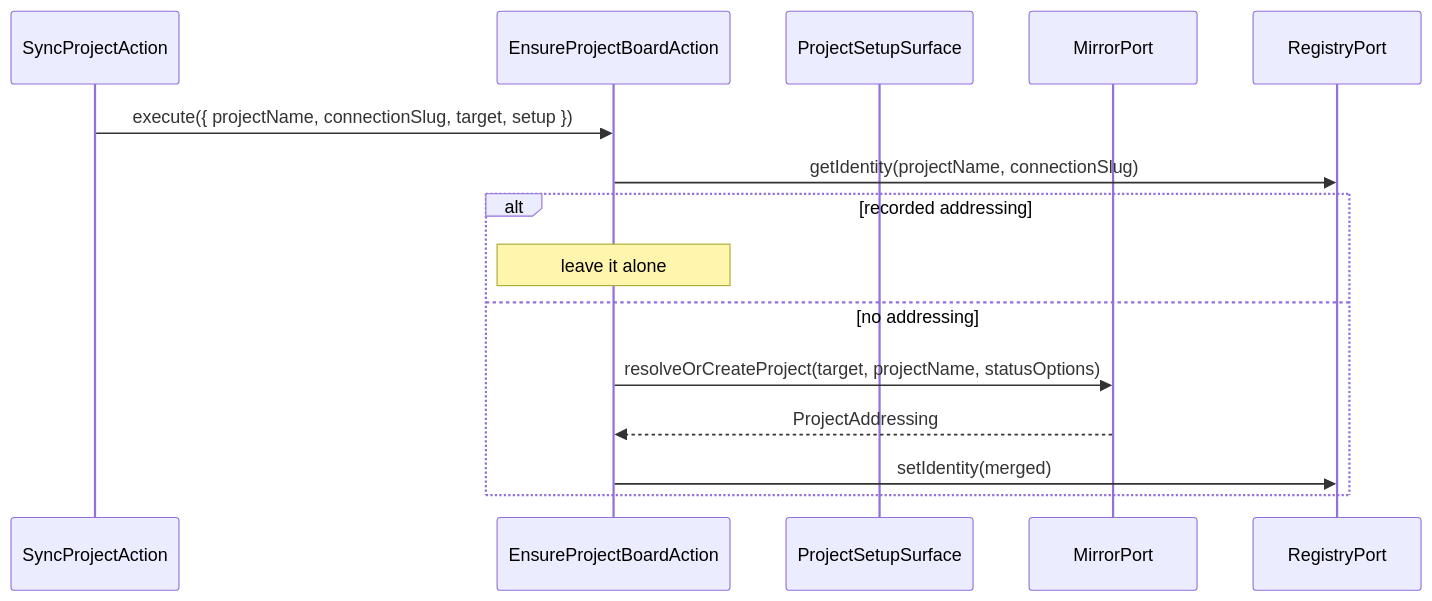
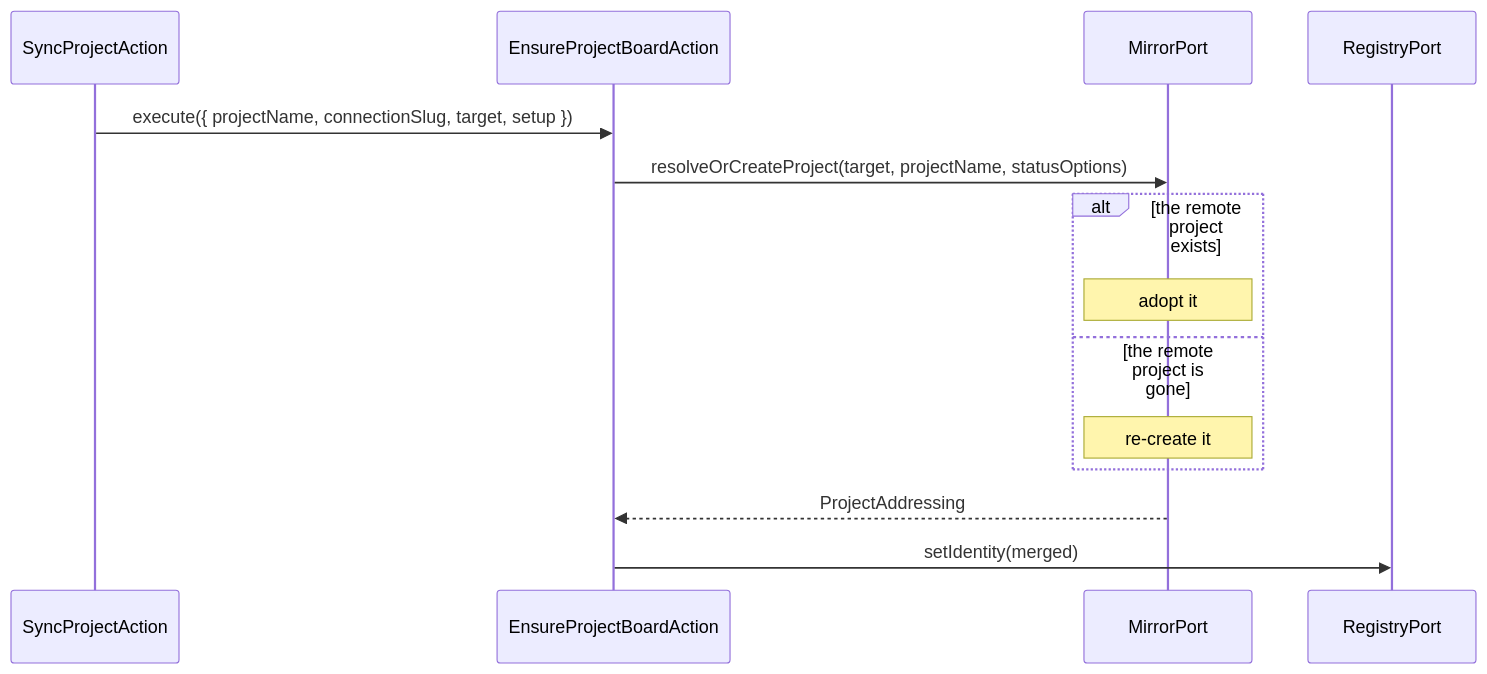
The seventh of 16 diagrams in docs/developer-manual.md (99linesofcode/obsidian-project-management), drawn with Mermaid before and after one commit. The commit also changed other lines of this file and 14 other files, not shown here.

First line of the commit message:
fix(origination): an empty target resolves by name; a gone remote is re-created

````diff
--- a/docs/developer-manual.md
+++ b/docs/developer-manual.md
@@ -405,18 +408,17 @@
 ```mermaid
 sequenceDiagram
   participant SP as SyncProjectAction
   participant Ens as EnsureProjectBoardAction
-  participant Setup as ProjectSetupSurface
   participant R as MirrorPort
   participant SS as RegistryPort
 
   SP->>Ens: execute({ projectName, connectionSlug, target, setup })
-  Ens->>SS: getIdentity(projectName, connectionSlug)
-  alt recorded addressing
-    Note over Ens: leave it alone
-  else no addressing
-    Ens->>R: resolveOrCreateProject(target, projectName, statusOptions)
-    R-->>Ens: ProjectAddressing
-    Ens->>SS: setIdentity(merged)
+  Ens->>R: resolveOrCreateProject(target, projectName, statusOptions)
+  alt the remote project exists
+    Note over R: adopt it
+  else the remote project is gone
+    Note over R: re-create it
   end
+  R-->>Ens: ProjectAddressing
+  Ens->>SS: setIdentity(merged)
 ```
````
